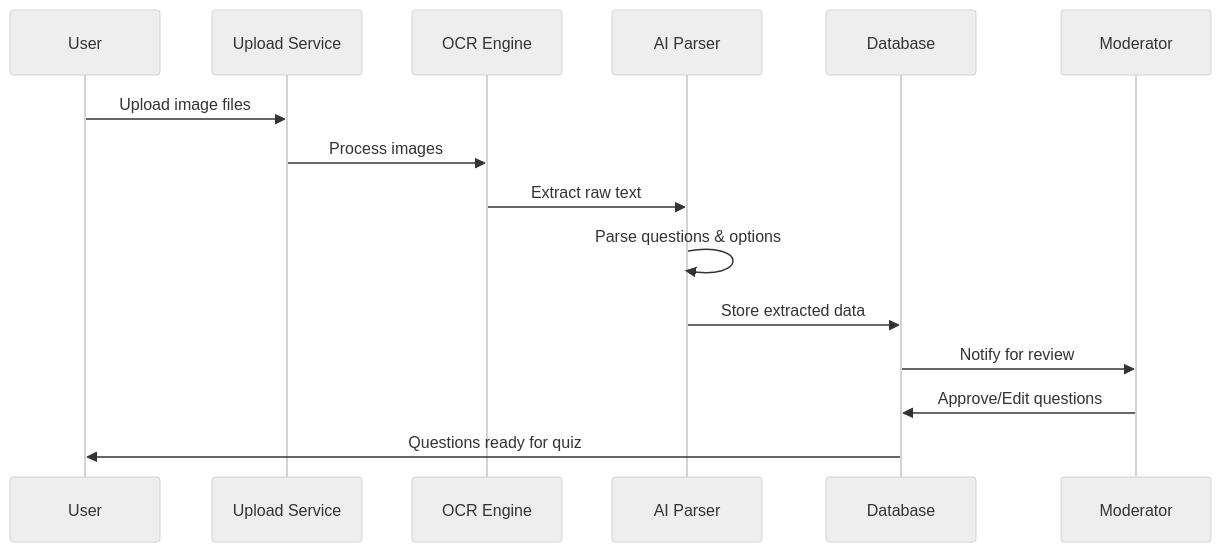
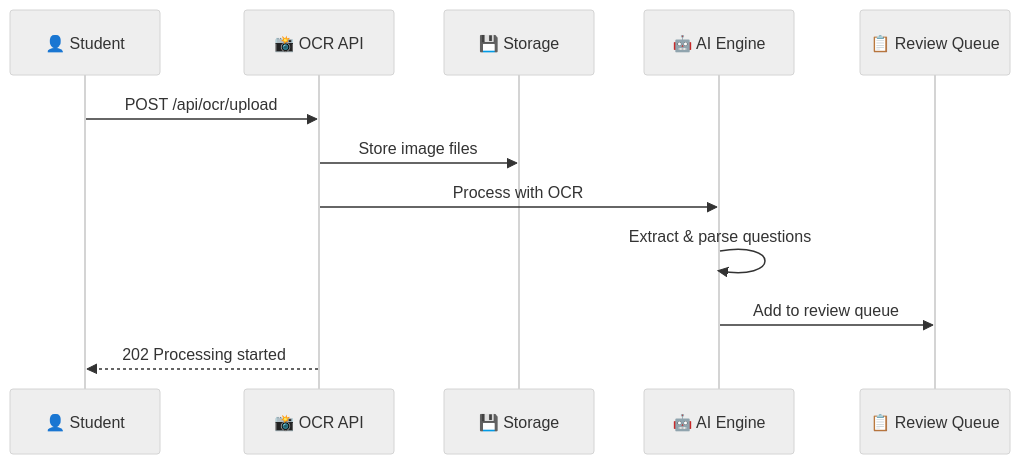
One commit to shuv-amp/TestLoom changed the diagram in docs/api/ocr.md. Above: the diagram before and after it, drawn with Mermaid (neutral theme). The commit also changed other lines of this file, not shown here.

````diff
--- a/docs/api/ocr.md
+++ b/docs/api/ocr.md
@@ -9,18 +80,15 @@
 ```mermaid
 sequenceDiagram
-    participant User
-    participant Upload Service
-    participant OCR Engine
-    participant AI Parser
-    participant Database
-    participant Moderator
+    participant Student as 👤 Student
+    participant API as 📸 OCR API
+    participant Storage as 💾 Storage
+    participant AI as 🤖 AI Engine
+    participant Queue as 📋 Review Queue
 
-    User->>Upload Service: Upload image files
-    Upload Service->>OCR Engine: Process images
-    OCR Engine->>AI Parser: Extract raw text
-    AI Parser->>AI Parser: Parse questions & options
-    AI Parser->>Database: Store extracted data
-    Database->>Moderator: Notify for review
-    Moderator->>Database: Approve/Edit questions
-    Database->>User: Questions ready for quiz
+    Student->>API: POST /api/ocr/upload
+    API->>Storage: Store image files
+    API->>AI: Process with OCR
+    AI->>AI: Extract & parse questions
+    AI->>Queue: Add to review queue
+    API-->>Student: 202 Processing started
 ```
````
